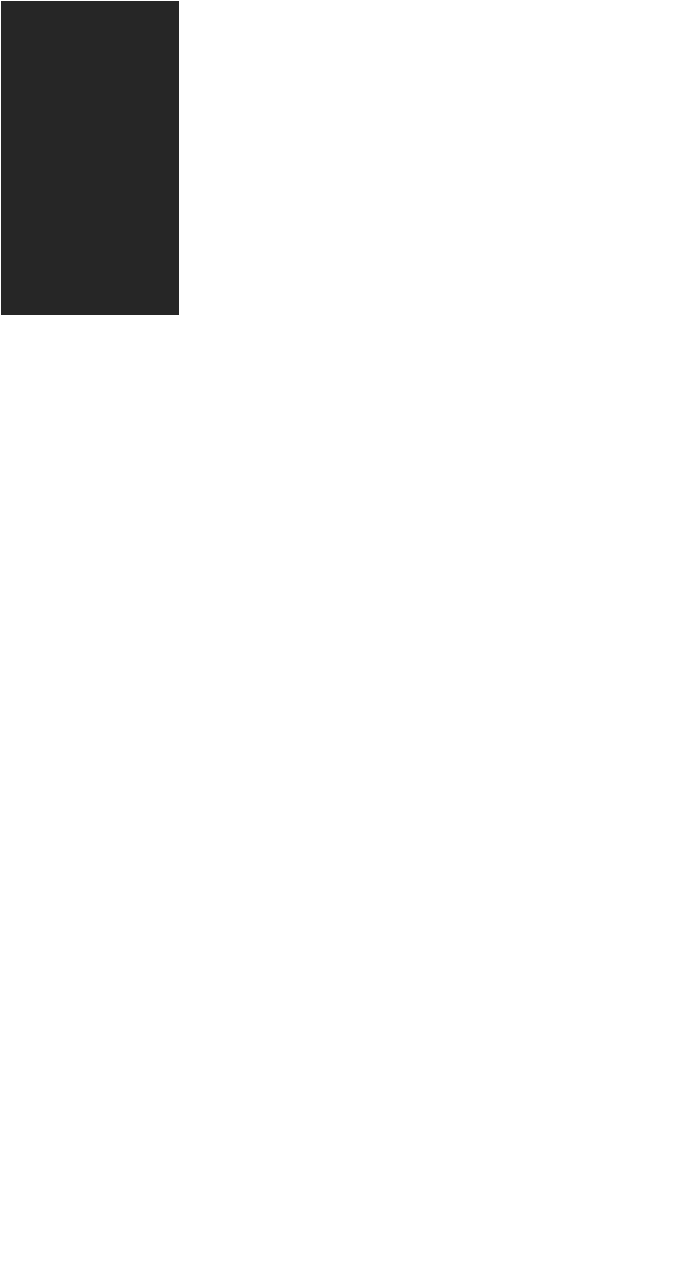
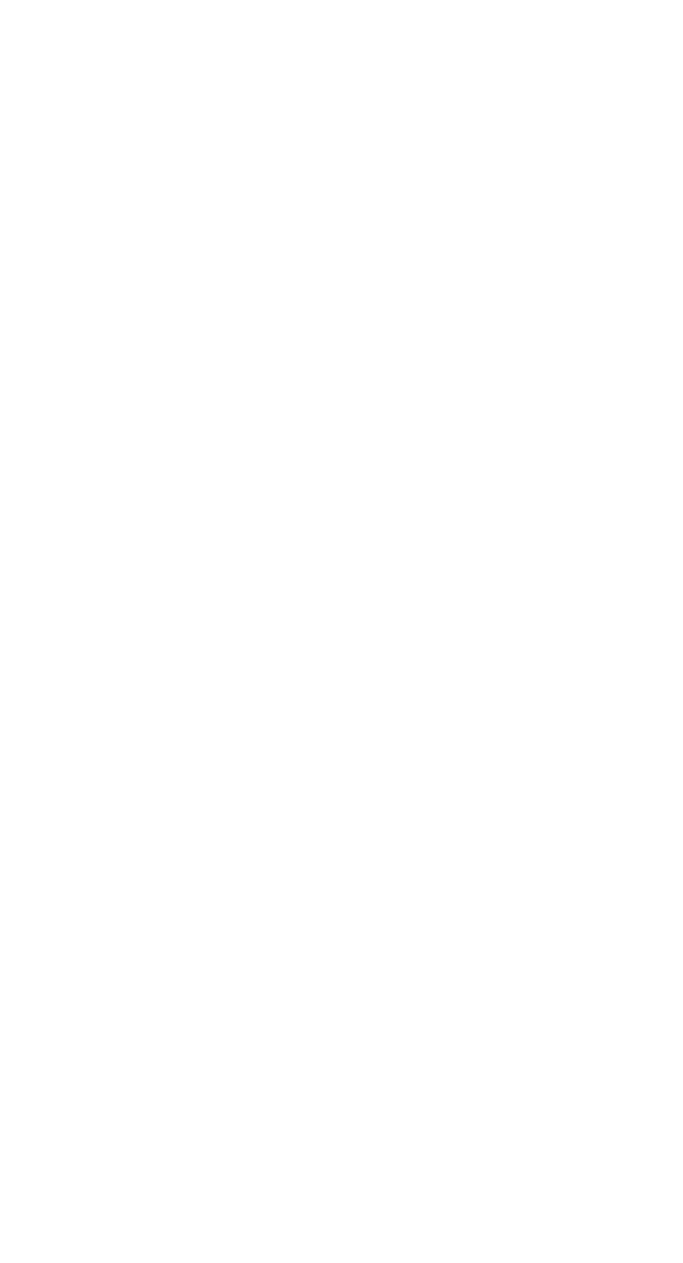
Before and after one commit to julianfl0w/Deism: the diagram in graphs/Our_Ideological_Spiritual_Lineage_is_an_evolutionary_heritage,_delineated_by_major_reformational_events.dot, drawn with Graphviz. The commit also changed 41 other files, not shown here.

```diff
--- a/graphs/Our_Ideological_Spiritual_Lineage_is_an_evolutionary_heritage,_delineated_by_major_reformational_events.dot
+++ b/graphs/Our_Ideological_Spiritual_Lineage_is_an_evolutionary_heritage,_delineated_by_major_reformational_events.dot
@@ -1,24 +1,24 @@
 digraph D {
 rankdir = TB
 style = filled
-fontcolor = white
-color = white
-bgcolor = "#262626"
+fontcolor = black
+color = black
+bgcolor = white
 gradientangle = 0
 dpi = 300
-"cluster_75" [rankdir=TB, shape=box, penwidth=0, color=black, fontcolor=white, fillcolor="#6C2944:#29001C", style=filled, gradientangle=270.05, label="Atheism"]
-"cluster_76" [rankdir=TB, shape=box, penwidth=0, color=black, fontcolor=white, fillcolor="#6C2944:#29001C", style=filled, gradientangle=270.05, label="Polytheism"]
-"cluster_77" [rankdir=TB, shape=box, penwidth=0, color=black, fontcolor=white, fillcolor="#6C2944:#29001C", style=filled, gradientangle=270.05, label="Judaism"]
-"cluster_78" [rankdir=TB, shape=box, penwidth=0, color=black, fontcolor=white, fillcolor="#6C2944:#29001C", style=filled, gradientangle=270.05, label="Christianity"]
-"cluster_79" [rankdir=TB, shape=box, penwidth=0, color=black, fontcolor=white, fillcolor="#6C2944:#29001C", style=filled, gradientangle=270.05, label="Islam"]
-"cluster_78" -> "cluster_79" [color=white, penwidth=1, ltail="cluster_78", lhead="cluster_79"]
-"cluster_80" [rankdir=TB, shape=box, penwidth=0, color=black, fontcolor=white, fillcolor="#6C2944:#29001C", style=filled, gradientangle=270.05, label="Protestantism"]
-"cluster_81" [rankdir=TB, shape=box, penwidth=0, color=black, fontcolor=white, fillcolor="#6C2944:#29001C", style=filled, gradientangle=270.05, label="Deism"]
-"cluster_80" -> "cluster_81" [color=white, penwidth=1, ltail="cluster_80", lhead="cluster_81"]
-"cluster_78" -> "cluster_80" [color=white, penwidth=1, ltail="cluster_80", lhead="cluster_81"]
-"cluster_77" -> "cluster_78" [color=white, penwidth=1, ltail="cluster_80", lhead="cluster_81"]
-"cluster_76" -> "cluster_77" [color=white, penwidth=1, ltail="cluster_80", lhead="cluster_81"]
-"cluster_82" [rankdir=TB, shape=box, penwidth=0, color=black, fontcolor=white, fillcolor="#6C2944:#29001C", style=filled, gradientangle=270.05, label="Hinduism"]
-"cluster_76" -> "cluster_82" [color=white, penwidth=1, ltail="cluster_76", lhead="cluster_82"]
-"cluster_75" -> "cluster_76" [color=white, penwidth=1, ltail="cluster_76", lhead="cluster_82"]
+"cluster_76" [rankdir=TB, shape=box, penwidth=2, color="#ccffff", fontcolor=black, fillcolor=white, style=filled, gradientangle=270.05, label="Atheism"]
+"cluster_77" [rankdir=TB, shape=box, penwidth=2, color="#ccffff", fontcolor=black, fillcolor=white, style=filled, gradientangle=270.05, label="Polytheism"]
+"cluster_78" [rankdir=TB, shape=box, penwidth=2, color="#ccffff", fontcolor=black, fillcolor=white, style=filled, gradientangle=270.05, label="Judaism"]
+"cluster_79" [rankdir=TB, shape=box, penwidth=2, color="#ccffff", fontcolor=black, fillcolor=white, style=filled, gradientangle=270.05, label="Christianity"]
+"cluster_80" [rankdir=TB, shape=box, penwidth=2, color="#ccffff", fontcolor=black, fillcolor=white, style=filled, gradientangle=270.05, label="Islam"]
+"cluster_79" -> "cluster_80" [color="#ccffff", penwidth=1, ltail="cluster_79", lhead="cluster_80"]
+"cluster_81" [rankdir=TB, shape=box, penwidth=2, color="#ccffff", fontcolor=black, fillcolor=white, style=filled, gradientangle=270.05, label="Protestantism"]
+"cluster_82" [rankdir=TB, shape=box, penwidth=2, color="#ccffff", fontcolor=black, fillcolor=white, style=filled, gradientangle=270.05, label="Deism"]
+"cluster_81" -> "cluster_82" [color="#ccffff", penwidth=1, ltail="cluster_81", lhead="cluster_82"]
+"cluster_79" -> "cluster_81" [color="#ccffff", penwidth=1, ltail="cluster_81", lhead="cluster_82"]
+"cluster_78" -> "cluster_79" [color="#ccffff", penwidth=1, ltail="cluster_81", lhead="cluster_82"]
+"cluster_77" -> "cluster_78" [color="#ccffff", penwidth=1, ltail="cluster_81", lhead="cluster_82"]
+"cluster_83" [rankdir=TB, shape=box, penwidth=2, color="#ccffff", fontcolor=black, fillcolor=white, style=filled, gradientangle=270.05, label="Hinduism"]
+"cluster_77" -> "cluster_83" [color="#ccffff", penwidth=1, ltail="cluster_77", lhead="cluster_83"]
+"cluster_76" -> "cluster_77" [color="#ccffff", penwidth=1, ltail="cluster_77", lhead="cluster_83"]
 }
```
